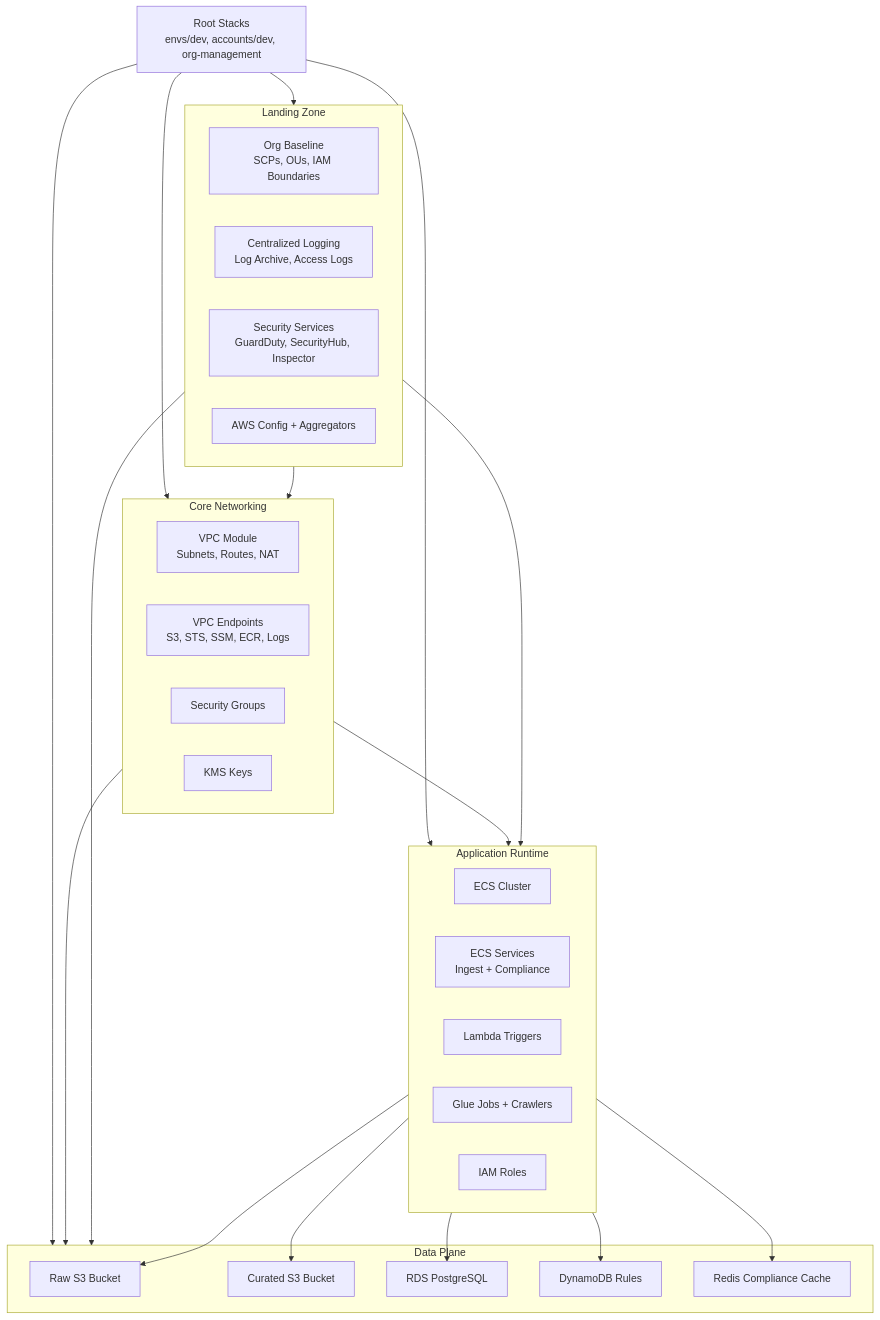
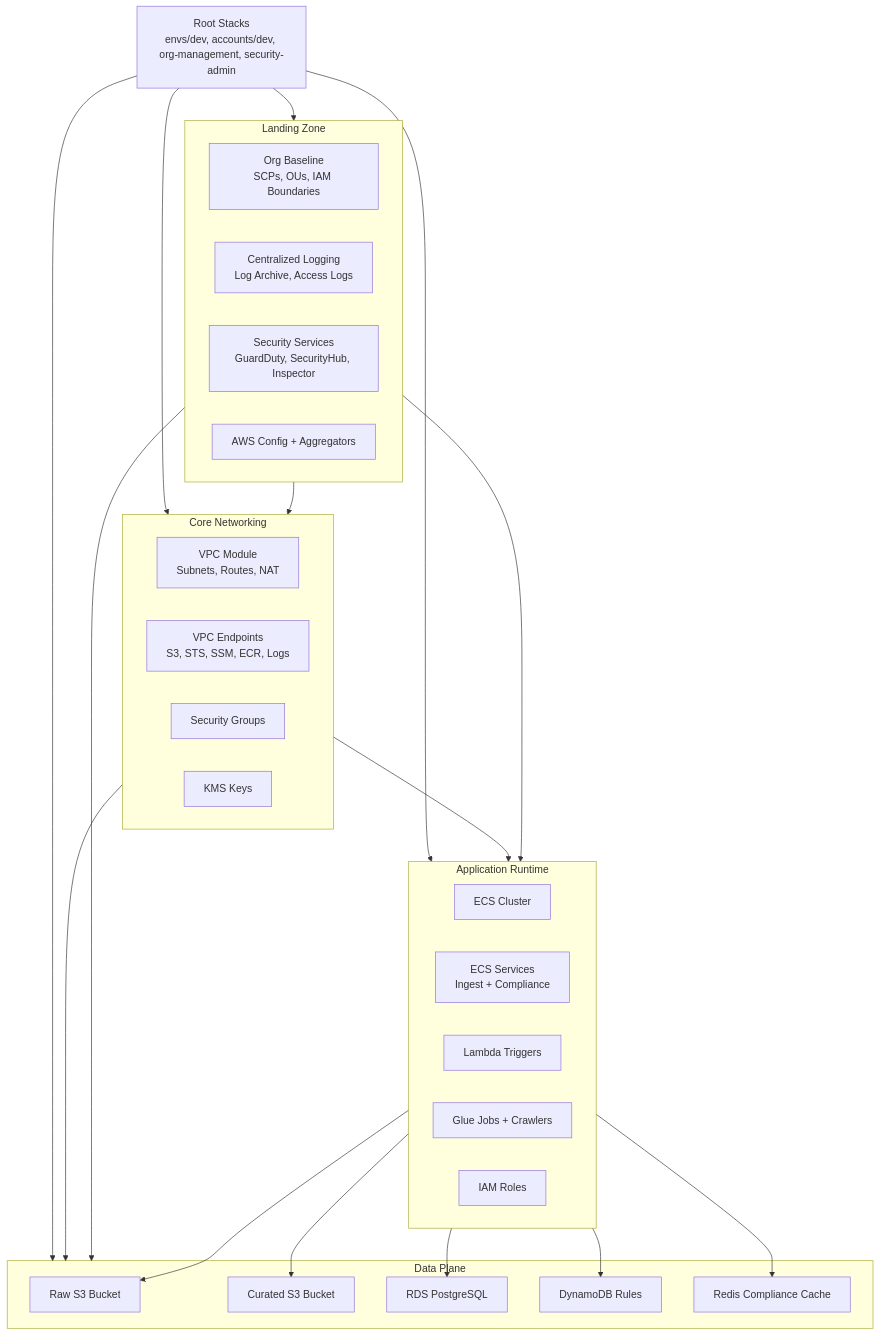
Before and after one commit to ajawesley/healthcare-event-stream-platform: the diagram in docs/iac-architecture.md, drawn with Mermaid. The commit also changed 1 other file, not shown here.

Commit message:
update iac docs

````diff
--- a/docs/iac-architecture.md
+++ b/docs/iac-architecture.md
@@ -14,51 +14,51 @@
 ```mermaid
 flowchart TD
-    ROOT[Root Stacks<br/>envs/dev, accounts/dev, org-management]
+    ROOT[Root Stacks<br/>envs/dev, accounts/dev, org-management, security-admin]
 
     subgraph LZ[Landing Zone]
         ORG[Org Baseline<br/>SCPs, OUs, IAM Boundaries]
         LOGGING[Centralized Logging<br/>Log Archive, Access Logs]
         SECURITY[Security Services<br/>GuardDuty, SecurityHub, Inspector]
         CONFIG[AWS Config + Aggregators]
     end
 
     subgraph NETWORK[Core Networking]
         VPC[VPC Module<br/>Subnets, Routes, NAT]
         ENDPOINTS[VPC Endpoints<br/>S3, STS, SSM, ECR, Logs]
         SG[Security Groups]
         KMS[KMS Keys]
     end
 
     subgraph DATA[Data Plane]
         S3_RAW[Raw S3 Bucket]
         S3_CURATED[Curated S3 Bucket]
         RDS[RDS PostgreSQL]
         DDB[DynamoDB Rules]
         REDIS[Redis Compliance Cache]
     end
 
     subgraph RUNTIME[Application Runtime]
         ECS_CLUSTER[ECS Cluster]
         ECS_SERVICE[ECS Services<br/>Ingest + Compliance]
         LAMBDA[Lambda Triggers]
         GLUE[Glue Jobs + Crawlers]
         IAM_ROLES[IAM Roles]
     end
 
     ROOT --> LZ
     ROOT --> NETWORK
     ROOT --> DATA
     ROOT --> RUNTIME
 
     NETWORK --> RUNTIME
     NETWORK --> DATA
     LZ --> NETWORK
     LZ --> DATA
     LZ --> RUNTIME
 
     RUNTIME --> S3_RAW
     RUNTIME --> S3_CURATED
     RUNTIME --> RDS
     RUNTIME --> DDB
     RUNTIME --> REDIS
 ```
````
